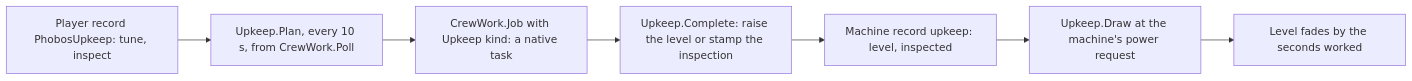
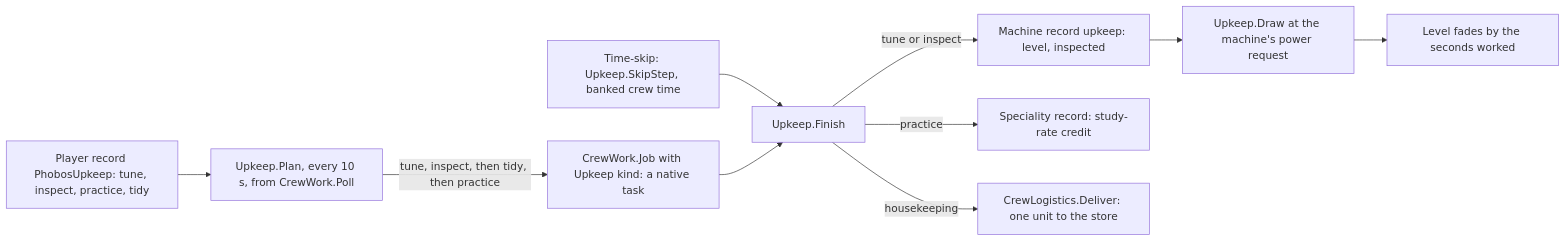
One commit to phobos-dthorga/phobos-ostranauts changed the diagram in docs/development/crew-upkeep-design.md. Above: the diagram before and after it, drawn with Mermaid. The commit also changed other lines of this file and 3 other files, not shown here.

First line of the commit message:
Charts: housekeeping destinations, time-skip steps, upkeep design flow

````diff
--- a/docs/development/crew-upkeep-design.md
+++ b/docs/development/crew-upkeep-design.md
@@ -63,9 +63,12 @@
 ```mermaid
 flowchart LR
-    Switch["Player record PhobosUpkeep: tune, inspect"] --> Plan["Upkeep.Plan, every 10 s, from CrewWork.Poll"]
-    Plan --> Job["CrewWork.Job with Upkeep kind: a native task"]
-    Job --> Complete["Upkeep.Complete: raise the level or stamp the inspection"]
-    Complete --> Record["Machine record upkeep: level, inspected"]
+    Switch["Player record PhobosUpkeep: tune, inspect, practice, tidy"] --> Plan["Upkeep.Plan, every 10 s, from CrewWork.Poll"]
+    Skip["Time-skip: Upkeep.SkipStep, banked crew time"] --> Finish
+    Plan -->|"tune, inspect, then tidy, then practice"| Job["CrewWork.Job with Upkeep kind: a native task"]
+    Job --> Finish["Upkeep.Finish"]
+    Finish -->|tune or inspect| Record["Machine record upkeep: level, inspected"]
+    Finish -->|practice| Skill["Speciality record: study-rate credit"]
+    Finish -->|housekeeping| Deliver["CrewLogistics.Deliver: one unit to the store"]
     Record --> Draw["Upkeep.Draw at the machine's power request"]
     Draw --> Fade["Level fades by the seconds worked"]
 ```
````
